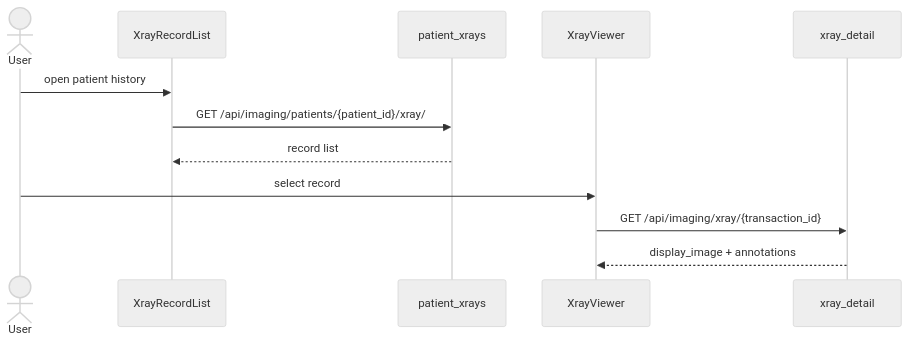
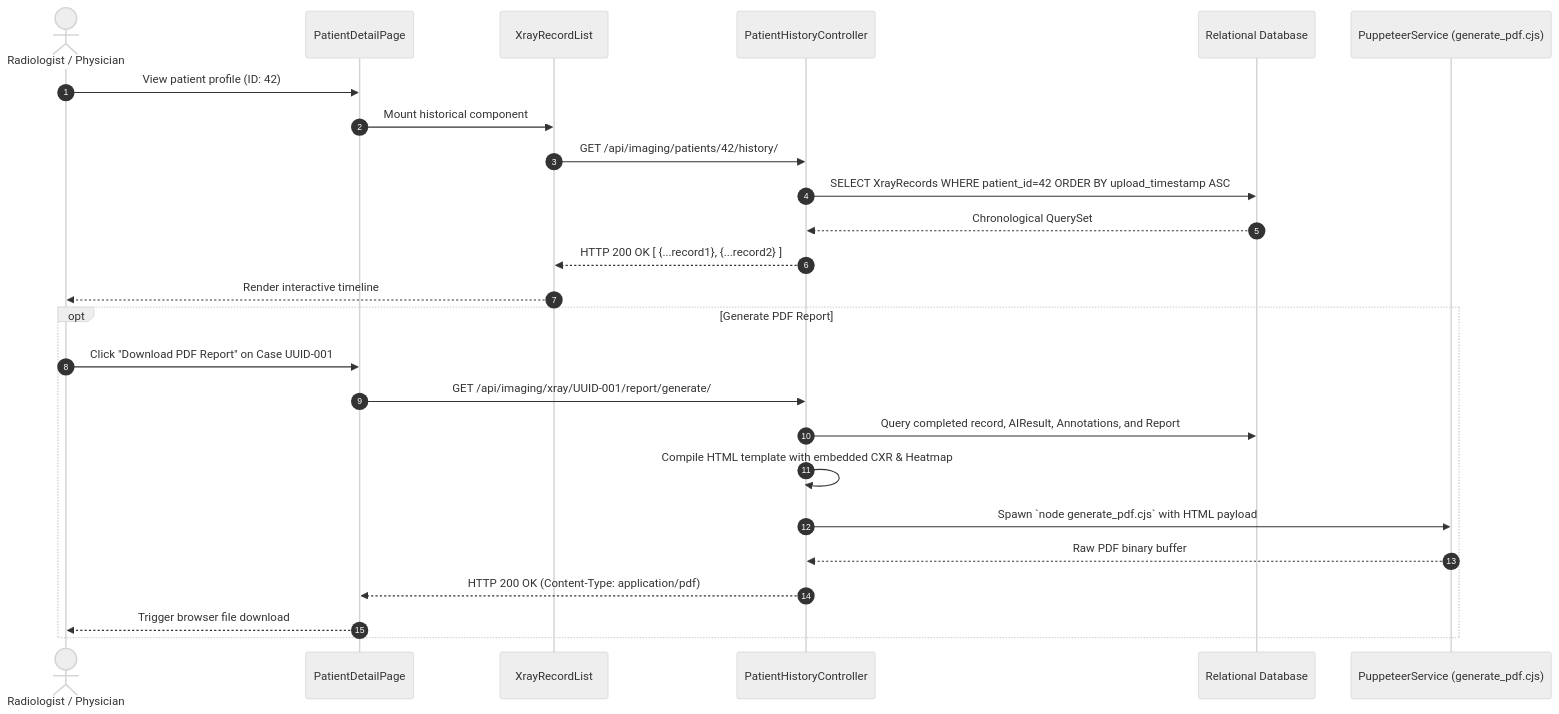
The diagram in documentation/sequence diagrams/3.2_Sequence Diagram.md (DymNomZ/TBXR), drawn with Mermaid (neutral theme) before and after one commit. The commit also changed 80 other files, not shown here.

````diff
--- a/documentation/sequence diagrams/3.2_Sequence Diagram.md
+++ b/documentation/sequence diagrams/3.2_Sequence Diagram.md
@@ -1,15 +1,29 @@
 ```mermaid
 sequenceDiagram
-    actor User
+    autonumber
+    actor Clinician as Radiologist / Physician
+    participant Page as PatientDetailPage
     participant List as XrayRecordList
-    participant API as patient_xrays
-    participant View as XrayViewer
-    participant Detail as xray_detail
+    participant View as PatientHistoryController
+    participant DB as Relational Database
+    participant Node as PuppeteerService (generate_pdf.cjs)
 
-    User->>List: open patient history
-    List->>API: GET /api/imaging/patients/{patient_id}/xray/
-    API-->>List: record list
-    User->>View: select record
-    View->>Detail: GET /api/imaging/xray/{transaction_id}
-    Detail-->>View: display_image + annotations
+    Clinician->>Page: View patient profile (ID: 42)
+    Page->>List: Mount historical component
+    List->>View: GET /api/imaging/patients/42/history/
+    View->>DB: SELECT XrayRecords WHERE patient_id=42 ORDER BY upload_timestamp ASC
+    DB-->>View: Chronological QuerySet
+    View-->>List: HTTP 200 OK [ {...record1}, {...record2} ]
+    List-->>Clinician: Render interactive timeline
+
+    opt Generate PDF Report
+        Clinician->>Page: Click "Download PDF Report" on Case UUID-001
+        Page->>View: GET /api/imaging/xray/UUID-001/report/generate/
+        View->>DB: Query completed record, AIResult, Annotations, and Report
+        View->>View: Compile HTML template with embedded CXR & Heatmap
+        View->>Node: Spawn `node generate_pdf.cjs` with HTML payload
+        Node-->>View: Raw PDF binary buffer
+        View-->>Page: HTTP 200 OK (Content-Type: application/pdf)
+        Page-->>Clinician: Trigger browser file download
+    end
 ```
````
